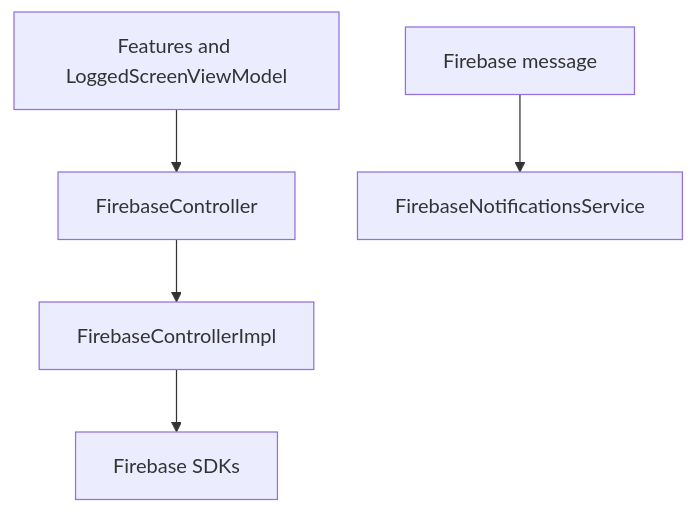
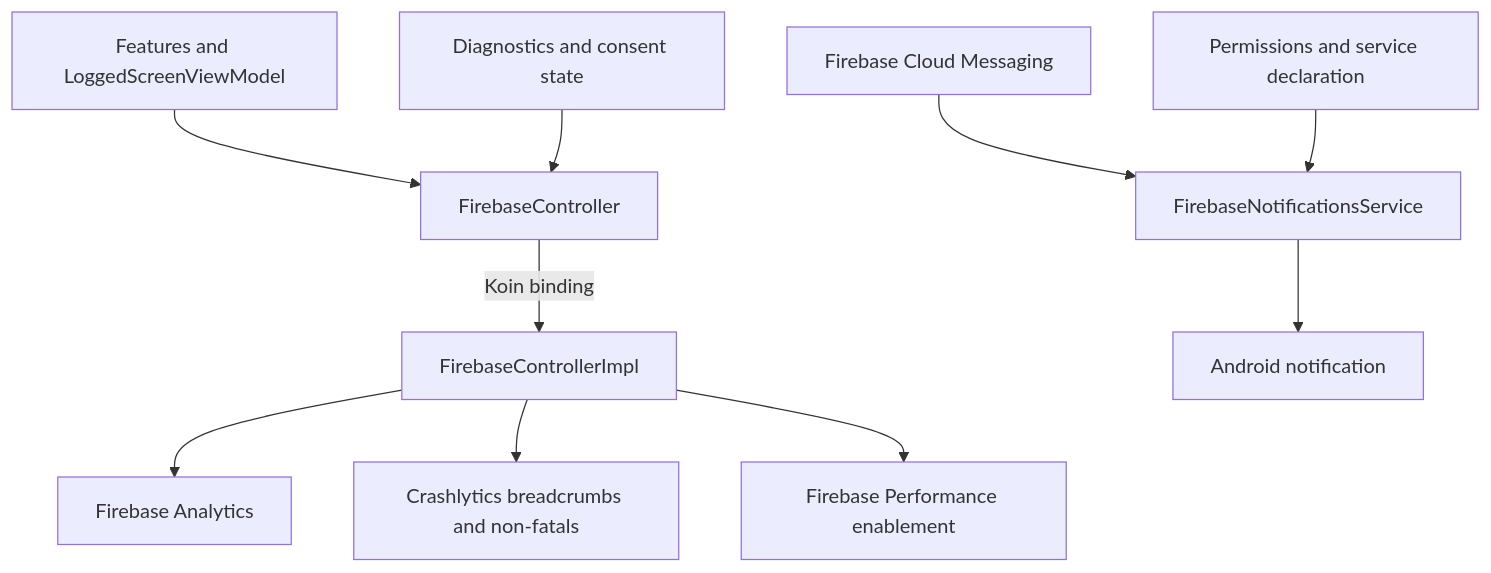
One commit to MihaiCristianCondrea/App-Toolkit-for-Android changed the diagram in library/integration/firebase/README.md. Above: the diagram before and after it, drawn with Mermaid. The commit also changed other lines of this file and 57 other files, not shown here.

````diff
--- a/library/integration/firebase/README.md
+++ b/library/integration/firebase/README.md
@@ -33,7 +33,12 @@
 ```mermaid
 flowchart TD
     Features[Features and LoggedScreenViewModel] --> Contract[FirebaseController]
-    Contract --> Impl[FirebaseControllerImpl]
-    Impl --> SDK[Firebase SDKs]
-    FCM[Firebase message] --> Service[FirebaseNotificationsService]
+    Consent[Diagnostics and consent state] --> Contract
+    Contract -->|Koin binding| Impl[FirebaseControllerImpl]
+    Impl --> Analytics[Firebase Analytics]
+    Impl --> Crash[Crashlytics breadcrumbs and non-fatals]
+    Impl --> Performance[Firebase Performance enablement]
+    FCM[Firebase Cloud Messaging] --> Service[FirebaseNotificationsService]
+    Service --> Notification[Android notification]
+    Manifest[Permissions and service declaration] --> Service
 ```
````
